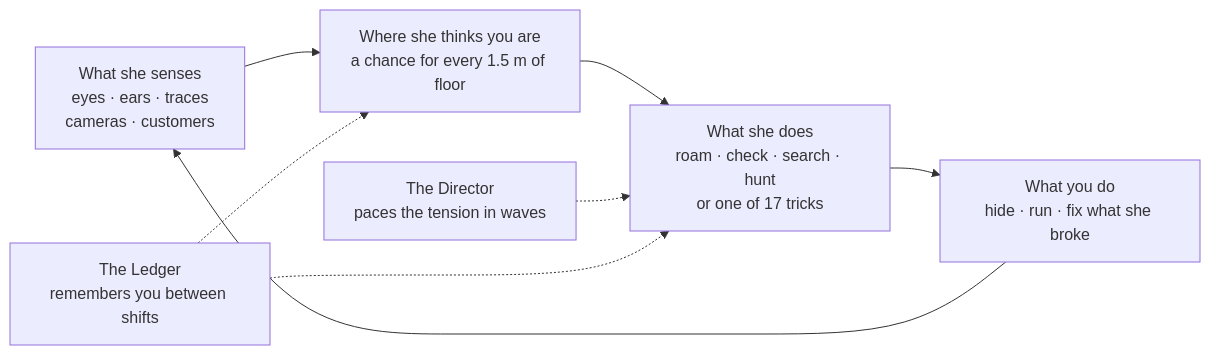
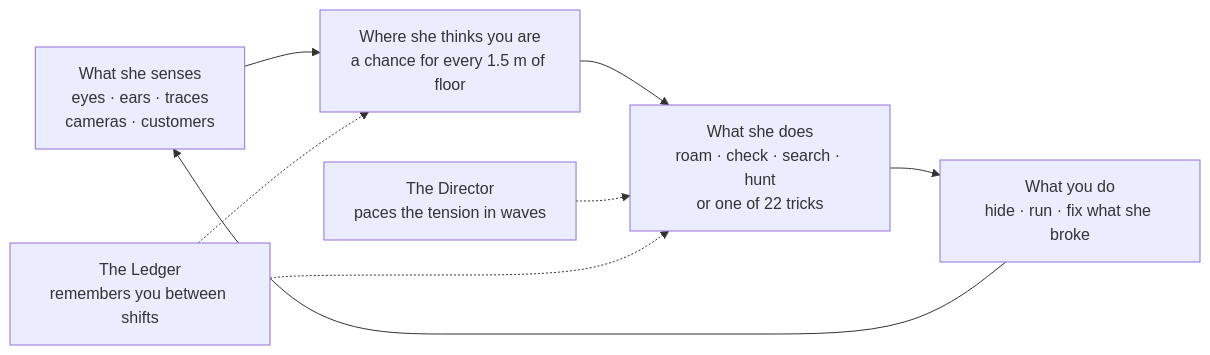
One commit to goraxyy/Kehai changed the first of 3 diagrams in README.md. Above: the diagram before and after it, drawn with Mermaid. The commit also changed other lines of this file and 15 other files, not shown here.

````diff
--- a/README.md
+++ b/README.md
@@ -25,10 +27,10 @@
 ```mermaid
 flowchart LR
     S["What she senses<br/>eyes · ears · traces<br/>cameras · customers"] --> B["Where she thinks you are<br/>a chance for every 1.5 m of floor"]
-    B --> D["What she does<br/>roam · check · search · hunt<br/>or one of 17 tricks"]
+    B --> D["What she does<br/>roam · check · search · hunt<br/>or one of 22 tricks"]
     D --> Y["What you do<br/>hide · run · fix what she broke"]
     Y --> S
     P["The Director<br/>paces the tension in waves"] -.-> D
     L["The Ledger<br/>remembers you between shifts"] -.-> B
     L -.-> D
 ```
````
